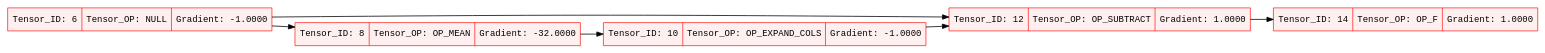
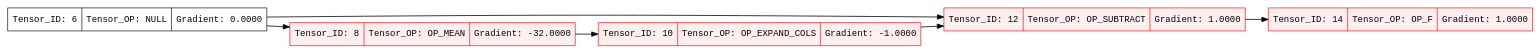
The diagram in graph_new.dot (umairgillani93/miniTorch), drawn with Graphviz before and after one commit. The commit also changed 4 other files, not shown here.

```diff
--- a/graph_new.dot
+++ b/graph_new.dot
@@ -1,14 +1,14 @@
 digraph TensorGraph {
   rankdir=LR;
   node [shape=record, style=filled, fillcolor=white, fontname="Courier"];
   n14 [label="{Tensor_ID: 14 | Tensor_OP: OP_F | Gradient: 1.0000}", color="red", fillcolor="#fff0f0"];
   n12 -> n14 [penwidth=1.2];
   n12 [label="{Tensor_ID: 12 | Tensor_OP: OP_SUBTRACT | Gradient: 1.0000}", color="red", fillcolor="#fff0f0"];
   n6 -> n12 [penwidth=1.2];
   n10 -> n12 [penwidth=1.2];
   n10 [label="{Tensor_ID: 10 | Tensor_OP: OP_EXPAND_COLS | Gradient: -1.0000}", color="red", fillcolor="#fff0f0"];
   n8 -> n10 [penwidth=1.2];
   n8 [label="{Tensor_ID: 8 | Tensor_OP: OP_MEAN | Gradient: -32.0000}", color="red", fillcolor="#fff0f0"];
   n6 -> n8 [penwidth=1.2];
-  n6 [label="{Tensor_ID: 6 | Tensor_OP: NULL | Gradient: -1.0000}", color="red", fillcolor="#fff0f0"];
+  n6 [label="{Tensor_ID: 6 | Tensor_OP: NULL | Gradient: 0.0000}", color="black", fillcolor="white"];
 }
```
